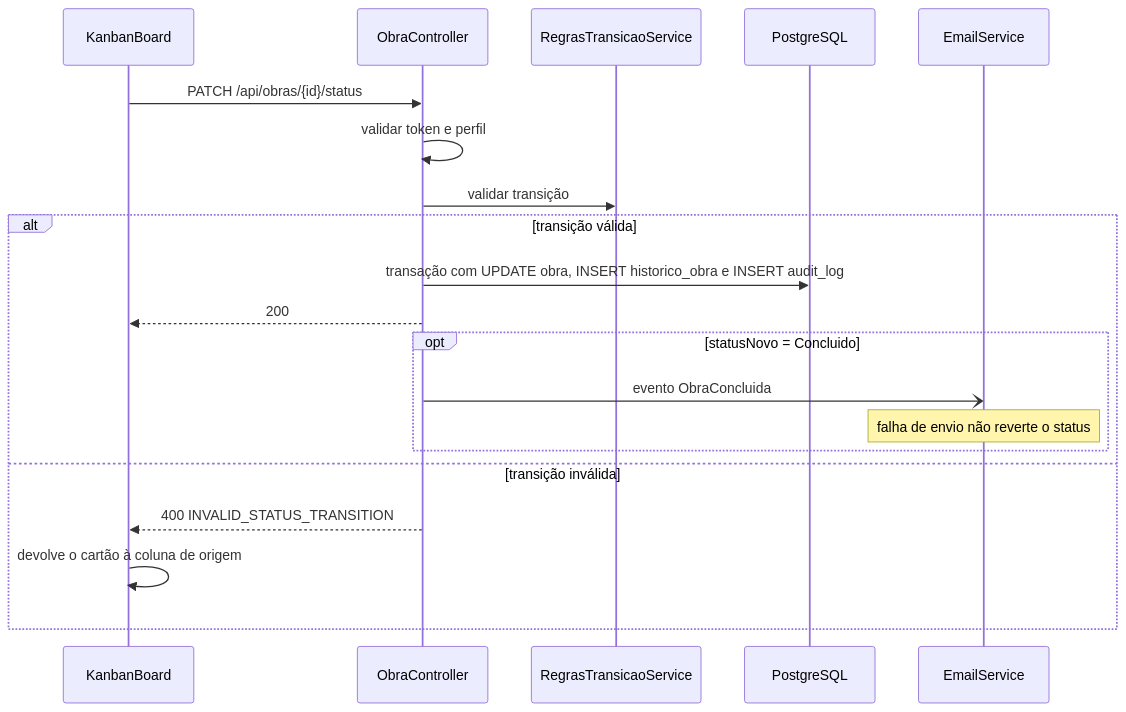
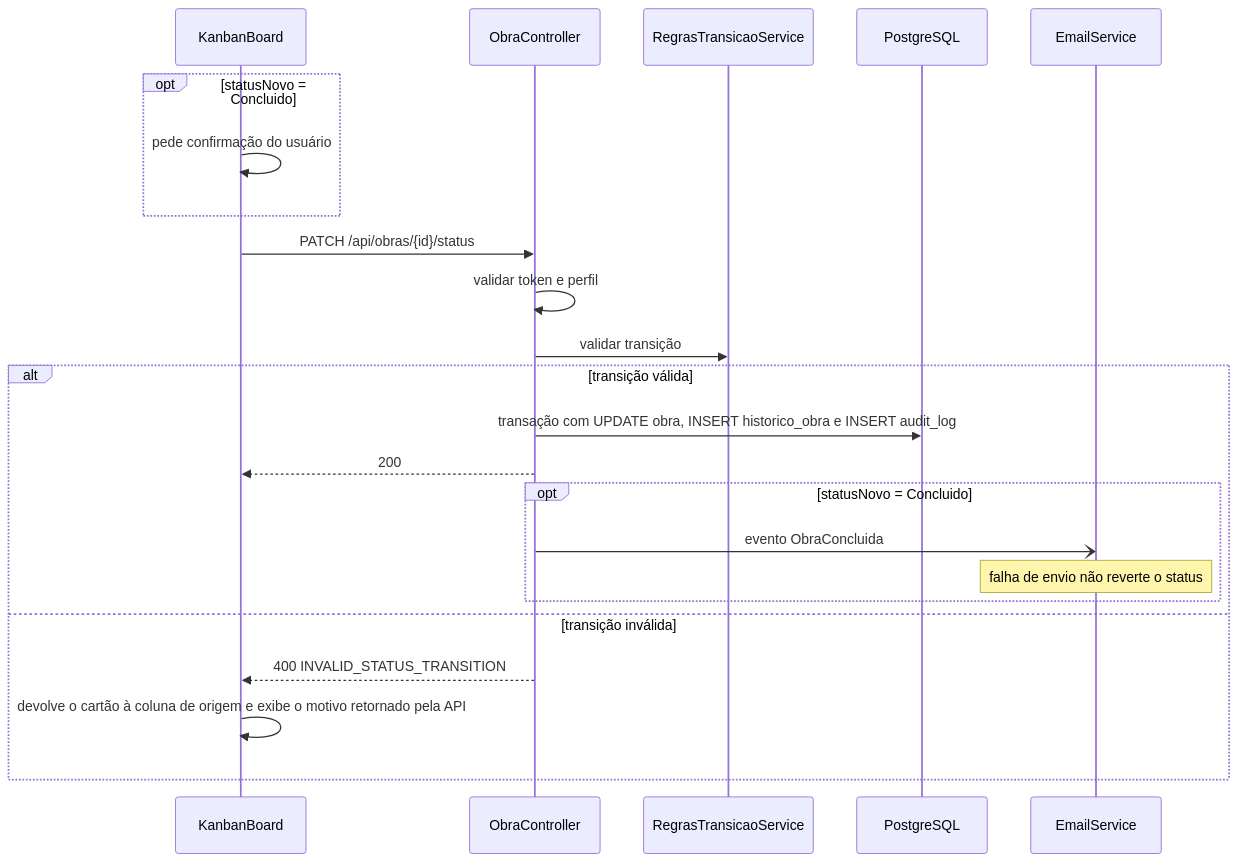
The second of 3 diagrams in docs/Requisitos/08-fluxos.md (r7melo/pi4-2026-2-equipe-5), drawn with Mermaid before and after one commit. The commit also changed other lines of this file and 7 other files, not shown here.

````diff
--- a/docs/Requisitos/08-fluxos.md
+++ b/docs/Requisitos/08-fluxos.md
@@ -34,23 +34,26 @@
 ```mermaid
 sequenceDiagram
   participant F as KanbanBoard
   participant API as ObraController
   participant R as RegrasTransicaoService
   participant D as PostgreSQL
   participant E as EmailService
 
+  opt statusNovo = Concluido
+    F->>F: pede confirmação do usuário
+  end
   F->>API: PATCH /api/obras/{id}/status
   API->>API: validar token e perfil
   API->>R: validar transição
   alt transição válida
     API->>D: transação com UPDATE obra, INSERT historico_obra e INSERT audit_log
     API-->>F: 200
     opt statusNovo = Concluido
       API-)E: evento ObraConcluida
       Note over E: falha de envio não reverte o status
     end
   else transição inválida
     API-->>F: 400 INVALID_STATUS_TRANSITION
-    F->>F: devolve o cartão à coluna de origem
+    F->>F: devolve o cartão à coluna de origem e exibe o motivo retornado pela API
   end
 ```
````
